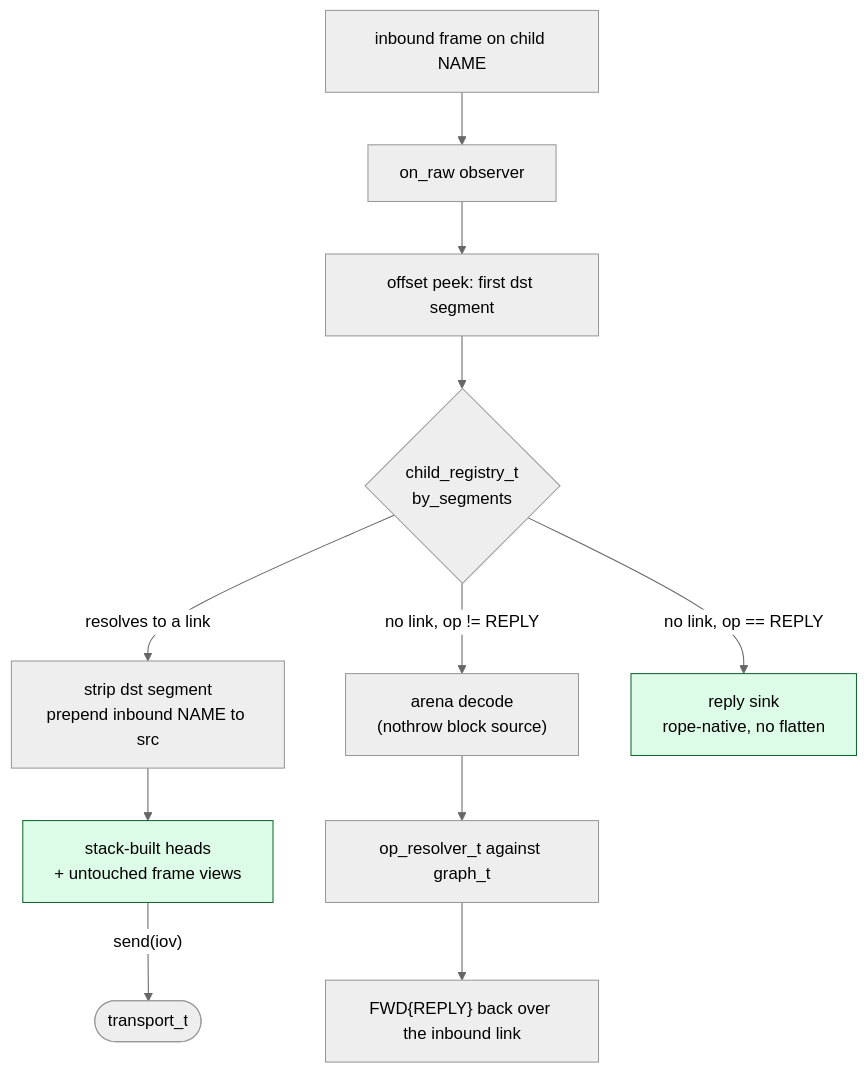
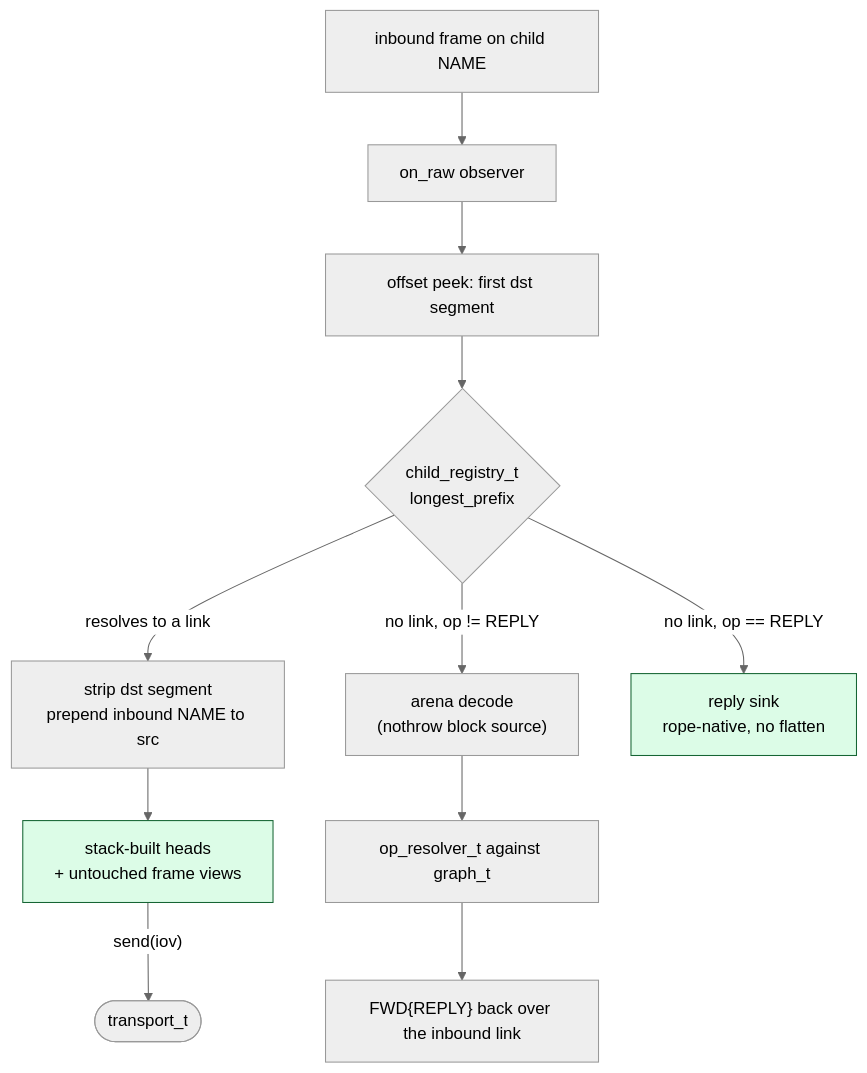
One commit to avatarsd-llc/libtracer changed the diagram in docs/modules/fwd-router.md. Above: the diagram before and after it, drawn with Mermaid (neutral theme). The commit also changed other lines of this file and 20 other files, not shown here.

````diff
--- a/docs/modules/fwd-router.md
+++ b/docs/modules/fwd-router.md
@@ -134,15 +139,15 @@
 ```{mermaid}
 flowchart TB
     IN["inbound frame on child NAME"] --> RAW["on_raw observer"]
     RAW --> PEEK["offset peek: first dst segment"]
-    PEEK --> DEMUX{"child_registry_t<br/>by_segments"}
+    PEEK --> DEMUX{"child_registry_t<br/>longest_prefix"}
     DEMUX -->|"resolves to a link"| FWD["strip dst segment<br/>prepend inbound NAME to src"]
     FWD --> SG["stack-built heads<br/>+ untouched frame views"]
     SG -->|"send(iov)"| OUT(["transport_t"])
     DEMUX -->|"no link, op != REPLY"| TERM["arena decode<br/>(nothrow block source)"]
     TERM --> RES["op_resolver_t against graph_t"]
     RES --> RPL["FWD{REPLY} back over the inbound link"]
     DEMUX -->|"no link, op == REPLY"| SINK["reply sink<br/>rope-native, no flatten"]
     classDef zc fill:#dcfce7,stroke:#166534
     class SG,SINK zc
 ```
````
